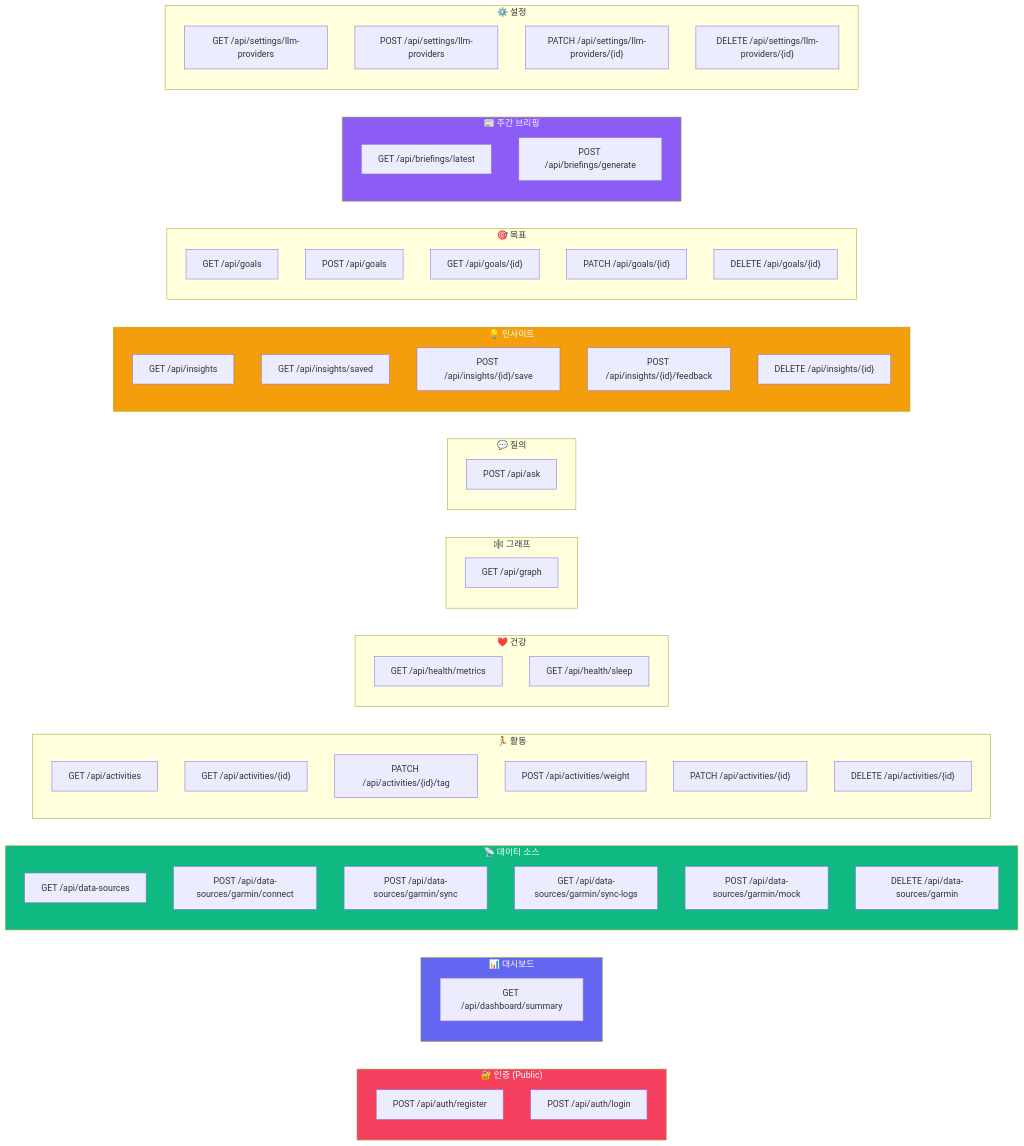
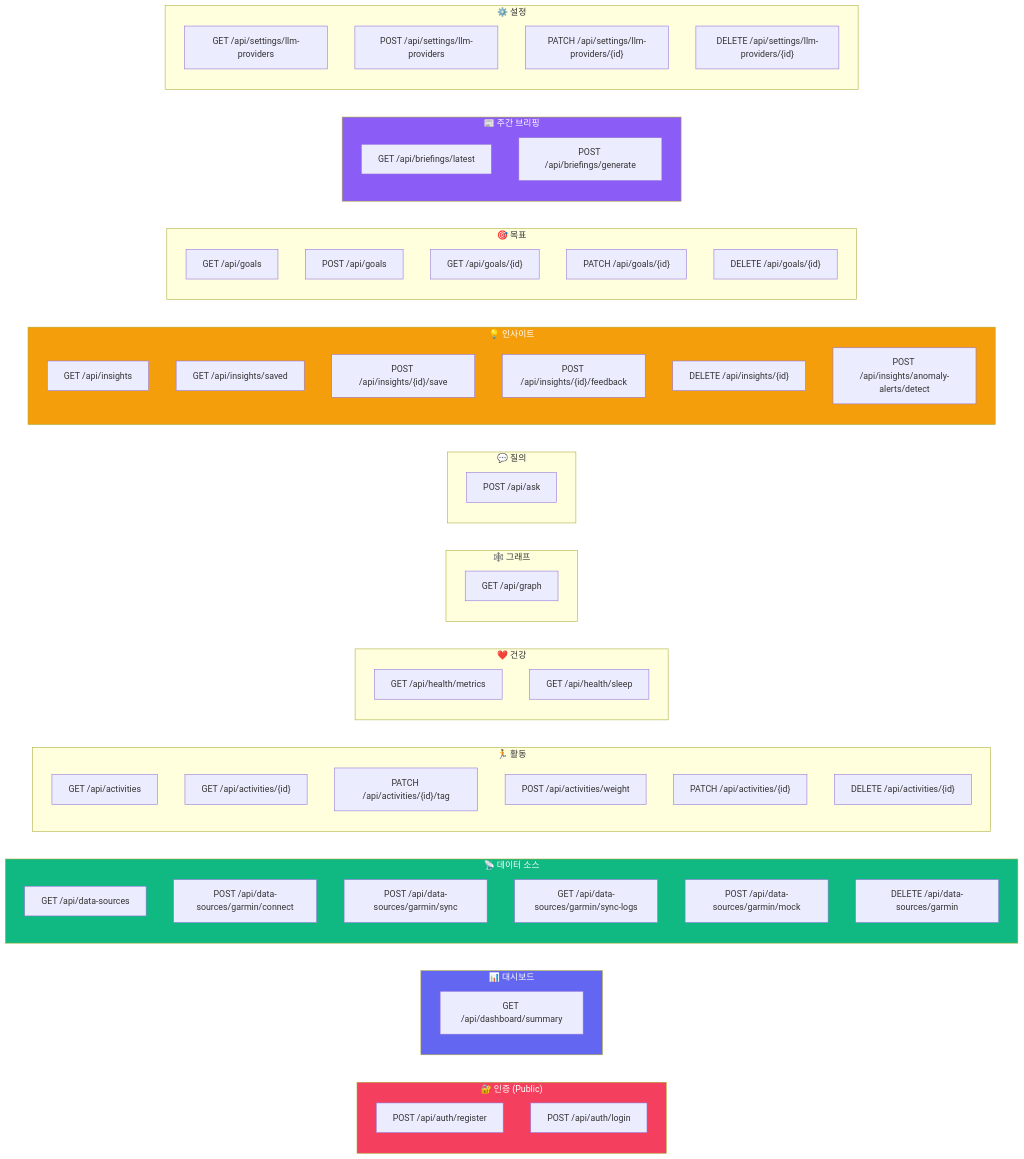
One commit to Hsooooo/personal-insight-os changed the diagram in docs/api-specification.md. Above: the diagram before and after it, drawn with Mermaid. The commit also changed other lines of this file and 11 other files, not shown here.

First line of the commit message:
Add proactive anomaly alerts and storytelling briefing tone

````diff
--- a/docs/api-specification.md
+++ b/docs/api-specification.md
@@ -19,76 +19,77 @@
 ```mermaid
 flowchart LR
     subgraph 인증["🔐 인증 (Public)"]
         A1["POST /api/auth/register"]
         A2["POST /api/auth/login"]
     end
 
     subgraph 대시보드["📊 대시보드"]
         B1["GET /api/dashboard/summary"]
     end
 
     subgraph 데이터소스["📡 데이터 소스"]
         C1["GET /api/data-sources"]
         C2["POST /api/data-sources/garmin/connect"]
         C3["POST /api/data-sources/garmin/sync"]
         C4["GET /api/data-sources/garmin/sync-logs"]
         C5["POST /api/data-sources/garmin/mock"]
         C6["DELETE /api/data-sources/garmin"]
     end
 
     subgraph 활동["🏃 활동"]
         D1["GET /api/activities"]
         D2["GET /api/activities/{id}"]
         D3["PATCH /api/activities/{id}/tag"]
         D4["POST /api/activities/weight"]
         D5["PATCH /api/activities/{id}"]
         D6["DELETE /api/activities/{id}"]
     end
 
     subgraph 건강["❤️ 건강"]
         E1["GET /api/health/metrics"]
         E2["GET /api/health/sleep"]
     end
 
     subgraph 그래프["🕸️ 그래프"]
         F1["GET /api/graph"]
     end
 
     subgraph 질의["💬 질의"]
         G1["POST /api/ask"]
     end
 
     subgraph 인사이트["💡 인사이트"]
         H1["GET /api/insights"]
         H2["GET /api/insights/saved"]
         H3["POST /api/insights/{id}/save"]
         H4["POST /api/insights/{id}/feedback"]
         H5["DELETE /api/insights/{id}"]
+        H6["POST /api/insights/anomaly-alerts/detect"]
     end
 
     subgraph 목표["🎯 목표"]
         I1["GET /api/goals"]
         I2["POST /api/goals"]
         I3["GET /api/goals/{id}"]
         I4["PATCH /api/goals/{id}"]
         I5["DELETE /api/goals/{id}"]
     end
 
     subgraph 브리핑["📰 주간 브리핑"]
         BR1["GET /api/briefings/latest"]
         BR2["POST /api/briefings/generate"]
     end
 
     subgraph 설정["⚙️ 설정"]
         J1["GET /api/settings/llm-providers"]
         J2["POST /api/settings/llm-providers"]
         J3["PATCH /api/settings/llm-providers/{id}"]
         J4["DELETE /api/settings/llm-providers/{id}"]
     end
 
     style 인증 fill:#f43f5e,color:#fff
     style 대시보드 fill:#6366f1,color:#fff
     style 데이터소스 fill:#10b981,color:#fff
     style 인사이트 fill:#f59e0b,color:#fff
     style 브리핑 fill:#8b5cf6,color:#fff
 ```
````
